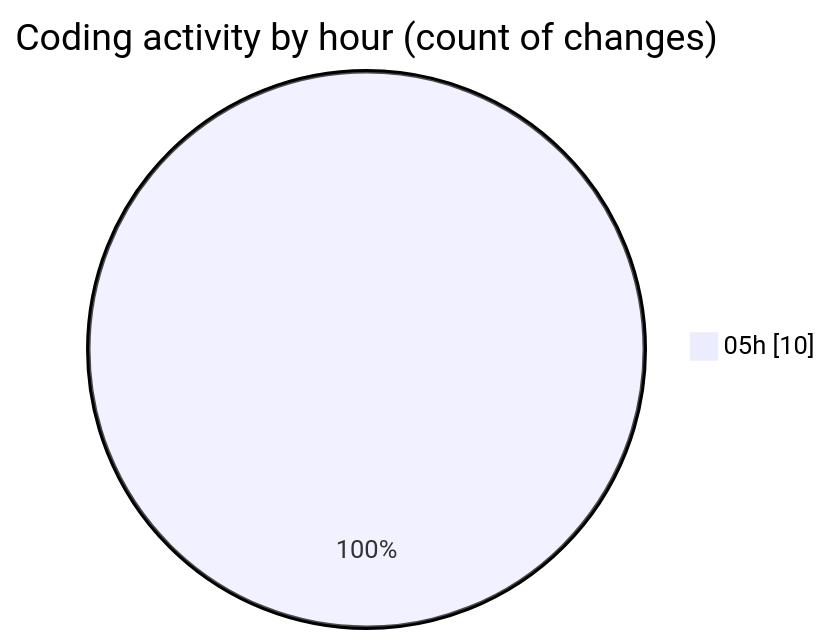
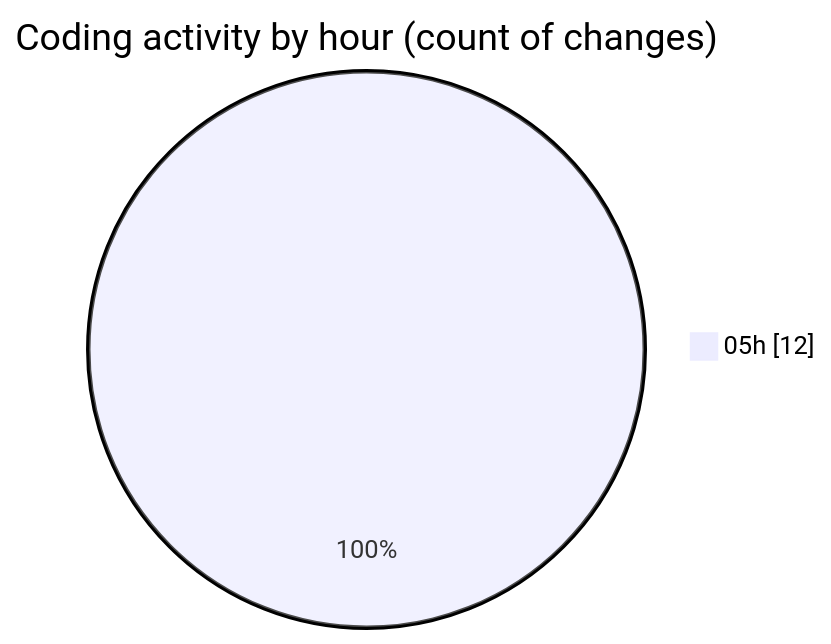
One commit to lephambinh05/code-tracking changed the second of 2 diagrams in 2025-09-10/hiai-phf/README.md. Above: the diagram before and after it, drawn with Mermaid. The commit also changed other lines of this file and 1 other file, not shown here.

````diff
--- a/2025-09-10/hiai-phf/README.md
+++ b/2025-09-10/hiai-phf/README.md
@@ -30,5 +32,5 @@
 ```mermaid
 pie showData
 title Coding activity by hour (count of changes)
-"05h" : 10
+"05h" : 12
 ```
````
